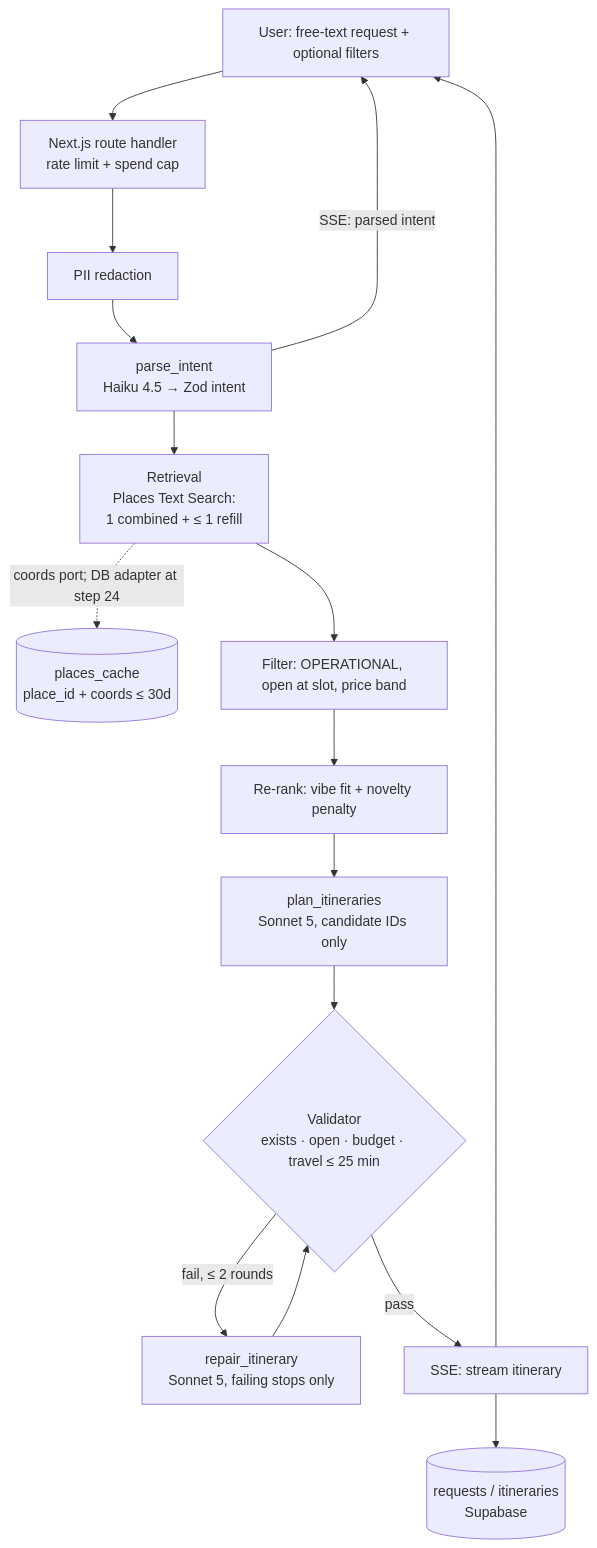
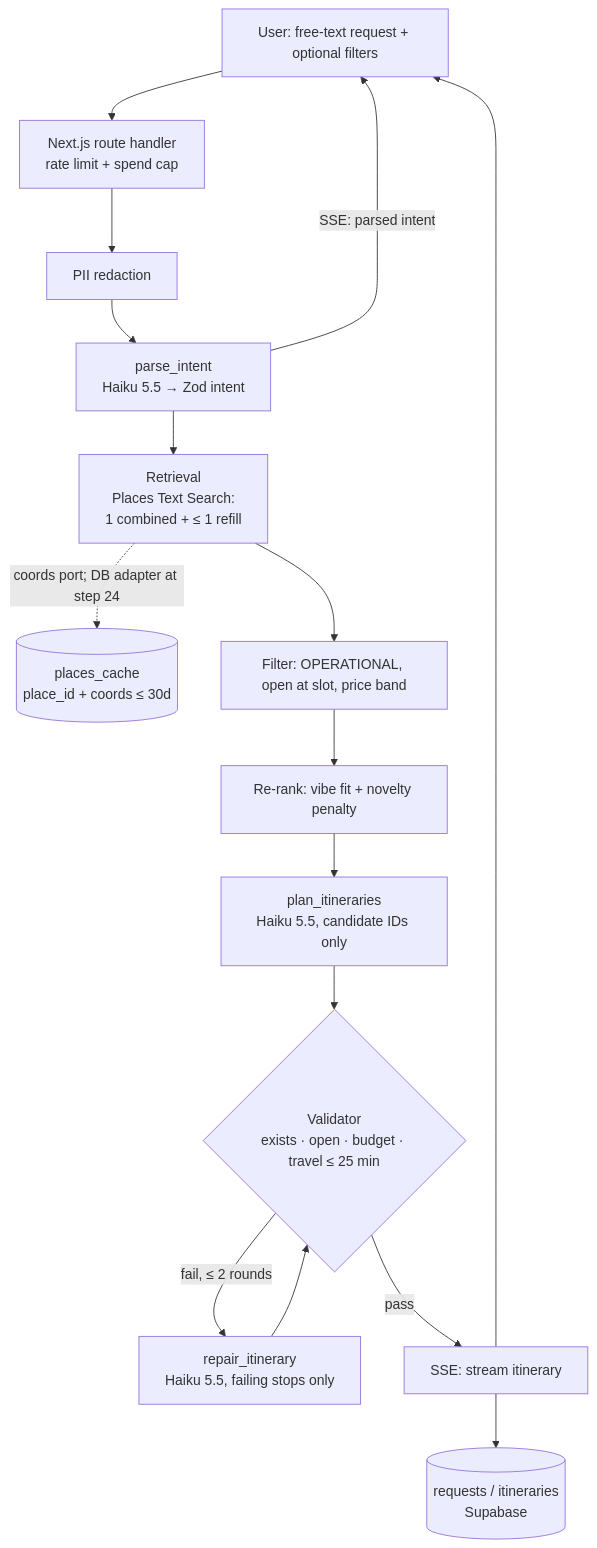
The first of 2 diagrams in docs/architecture.md (EvaUnit09/NightCap), drawn with Mermaid before and after one commit. The commit also changed other lines of this file and 15 other files, not shown here.

````diff
--- a/docs/architecture.md
+++ b/docs/architecture.md
@@ -8,18 +8,18 @@
 ```mermaid
 flowchart TD
     U[User: free-text request + optional filters] --> API[Next.js route handler<br/>rate limit + spend cap]
     API --> RED[PII redaction]
-    RED --> P1[parse_intent<br/>Haiku 4.5 → Zod intent]
+    RED --> P1[parse_intent<br/>Haiku 5.5 → Zod intent]
     P1 -->|SSE: parsed intent| U
     P1 --> R[Retrieval<br/>Places Text Search:<br/>1 combined + ≤ 1 refill]
     R -.->|coords port; DB adapter at step 24| C[(places_cache<br/>place_id + coords ≤ 30d)]
     R --> F[Filter: OPERATIONAL, open at slot, price band]
     F --> RR[Re-rank: vibe fit + novelty penalty]
-    RR --> P2[plan_itineraries<br/>Sonnet 5, candidate IDs only]
+    RR --> P2[plan_itineraries<br/>Haiku 5.5, candidate IDs only]
     P2 --> V{Validator<br/>exists · open · budget · travel ≤ 25 min}
-    V -->|fail, ≤ 2 rounds| P3[repair_itinerary<br/>Sonnet 5, failing stops only]
+    V -->|fail, ≤ 2 rounds| P3[repair_itinerary<br/>Haiku 5.5, failing stops only]
     P3 --> V
     V -->|pass| S[SSE: stream itinerary]
     S --> U
     S --> DB[(requests / itineraries<br/>Supabase)]
 ```
````
